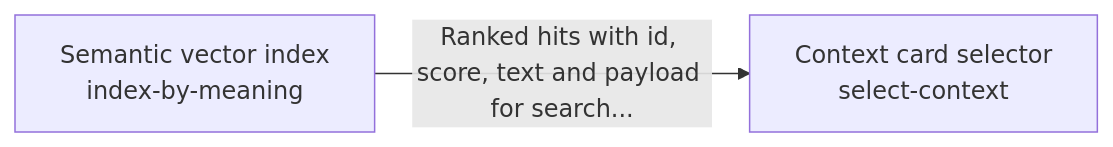
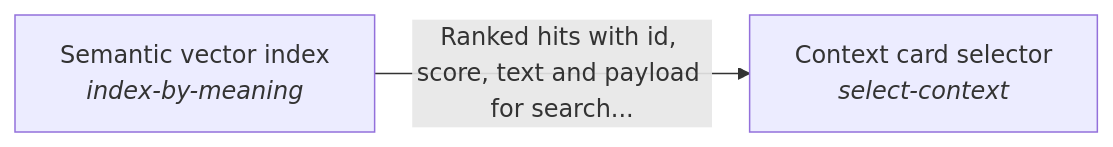
Before and after one commit to SpiritualData/quest-ai-runner: the diagram in quest_ai_runner/select_context/README.md, drawn with Mermaid. The commit also changed other lines of this file and 15 other files, not shown here.

Commit message:
select-context: the hub's retrieve-context arms compete on the one number, delegated to hubofhubs.retrieval (not copied); learned arms train on the hub history for the repository corpus and on earlier private cases for the private ones

````diff
--- a/quest_ai_runner/select_context/README.md
+++ b/quest_ai_runner/select_context/README.md
@@ -17,6 +17,6 @@
 ```mermaid
 flowchart LR
-    s0["Context card selector<br/>select-context"]
-    s1["Semantic vector index<br/>index-by-meaning"]
+    s0["Context card selector<br/><i>select-context</i>"]
+    s1["Semantic vector index<br/><i>index-by-meaning</i>"]
     s1 -->|"Ranked hits with id, score, text and payload for search..."| s0
 ```
````
